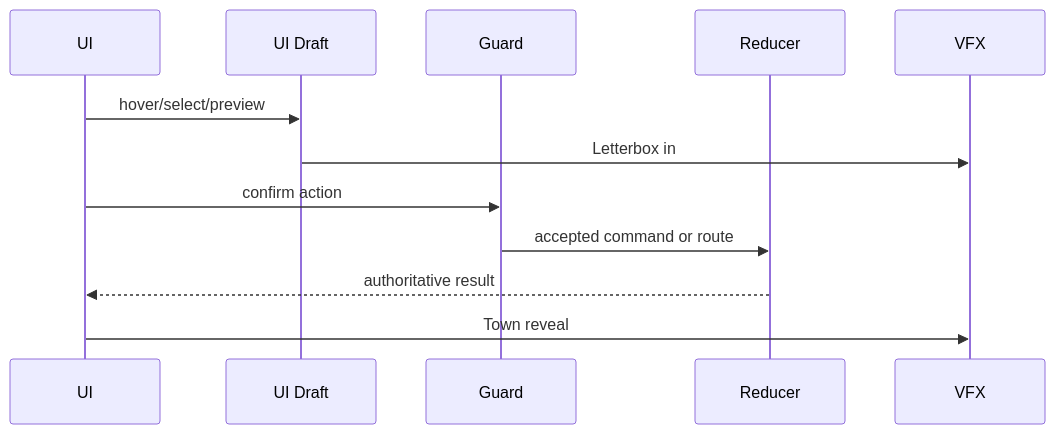
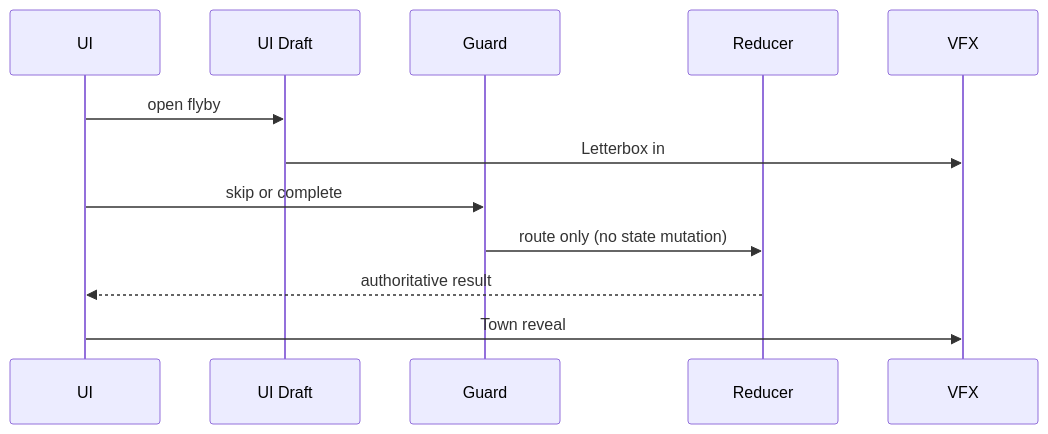
The fourth of 5 diagrams in docs/architecture/wiki/screens/35-town-flyby/architecture.md (SunaNoOshiro/Heroes_Reforged_AI_Realms), drawn with Mermaid before and after one commit. The commit also changed other lines of this file and 518 other files, not shown here.

First line of the commit message:
Add doc-audit skill and sweep architecture/screen docs

````diff
--- a/docs/architecture/wiki/screens/35-town-flyby/architecture.md
+++ b/docs/architecture/wiki/screens/35-town-flyby/architecture.md
@@ -50,14 +68,14 @@
 ```mermaid
 sequenceDiagram
   participant UI
   participant Draft as UI Draft
   participant Guard
   participant Reducer
   participant VFX
-  UI->>Draft: hover/select/preview
+  UI->>Draft: open flyby
   Draft->>VFX: Letterbox in
-  UI->>Guard: confirm action
-  Guard->>Reducer: accepted command or route
+  UI->>Guard: skip or complete
+  Guard->>Reducer: route only (no state mutation)
   Reducer-->>UI: authoritative result
   UI->>VFX: Town reveal
 ```
````
